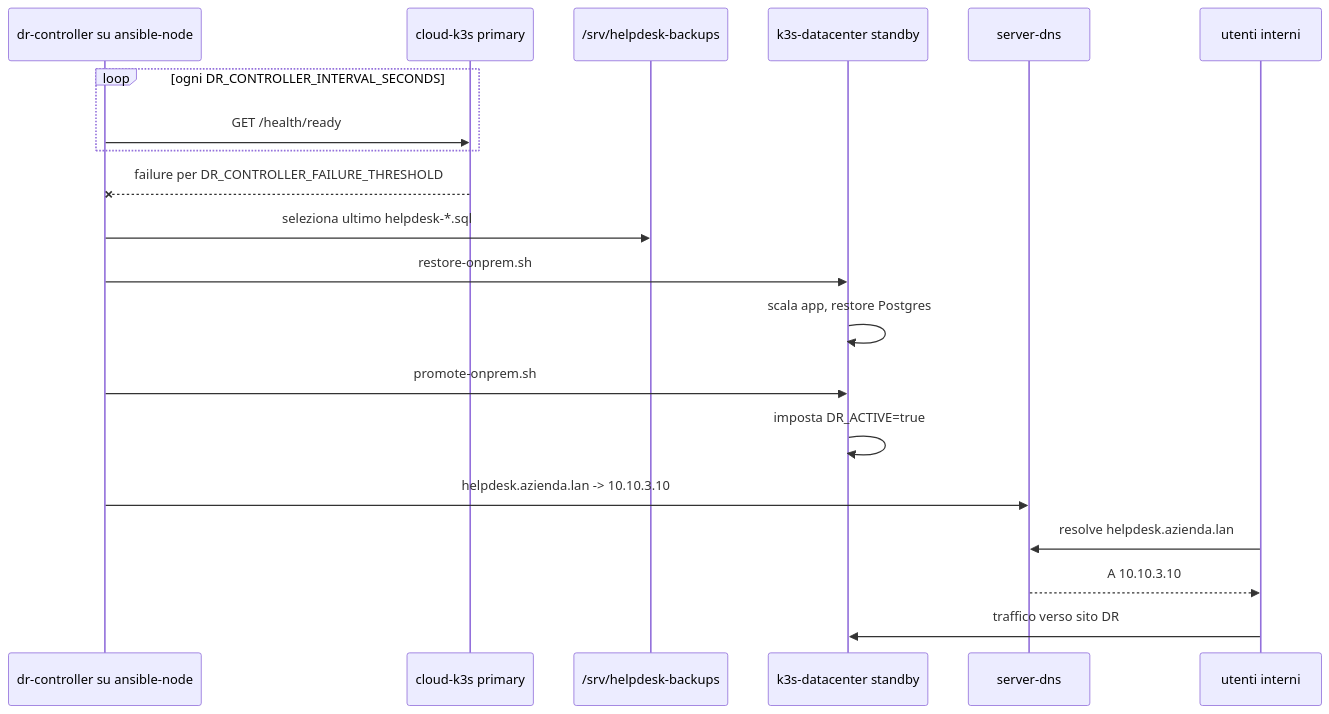
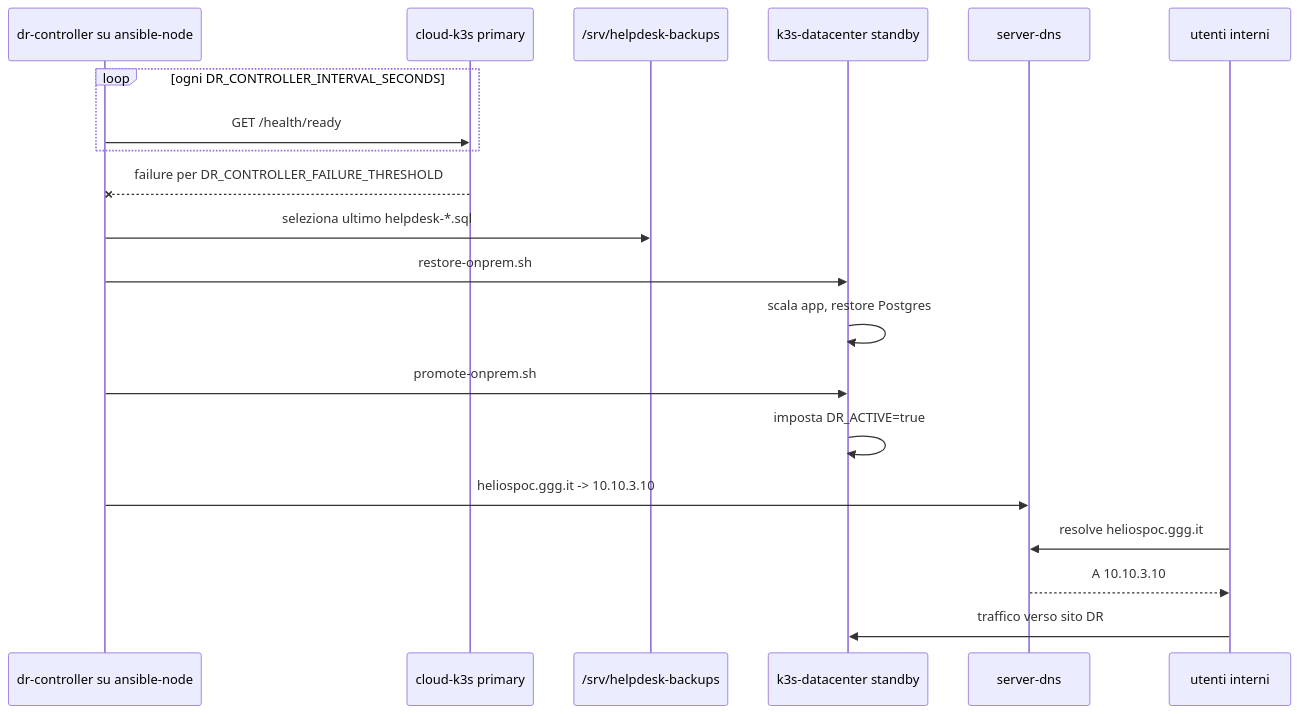
One commit to LucaCatalano23/MultiCloud-strategy---Reverse-DR changed the fourth of 4 diagrams in automazione/topologia-progetto.md. Above: the diagram before and after it, drawn with Mermaid. The commit also changed other lines of this file and 58 other files, not shown here.

````diff
--- a/automazione/topologia-progetto.md
+++ b/automazione/topologia-progetto.md
@@ -170,24 +170,24 @@
 ```mermaid
 sequenceDiagram
   participant Controller as dr-controller su ansible-node
   participant Cloud as cloud-k3s primary
   participant Backup as /srv/helpdesk-backups
   participant OnPrem as k3s-datacenter standby
   participant DNS as server-dns
   participant Client as utenti interni
 
   loop ogni DR_CONTROLLER_INTERVAL_SECONDS
     Controller->>Cloud: GET /health/ready
   end
 
   Cloud--xController: failure per DR_CONTROLLER_FAILURE_THRESHOLD
   Controller->>Backup: seleziona ultimo helpdesk-*.sql
   Controller->>OnPrem: restore-onprem.sh
   OnPrem->>OnPrem: scala app, restore Postgres
   Controller->>OnPrem: promote-onprem.sh
   OnPrem->>OnPrem: imposta DR_ACTIVE=true
-  Controller->>DNS: helpdesk.azienda.lan -> 10.10.3.10
-  Client->>DNS: resolve helpdesk.azienda.lan
+  Controller->>DNS: heliospoc.ggg.it -> 10.10.3.10
+  Client->>DNS: resolve heliospoc.ggg.it
   DNS-->>Client: A 10.10.3.10
   Client->>OnPrem: traffico verso sito DR
 ```
````
